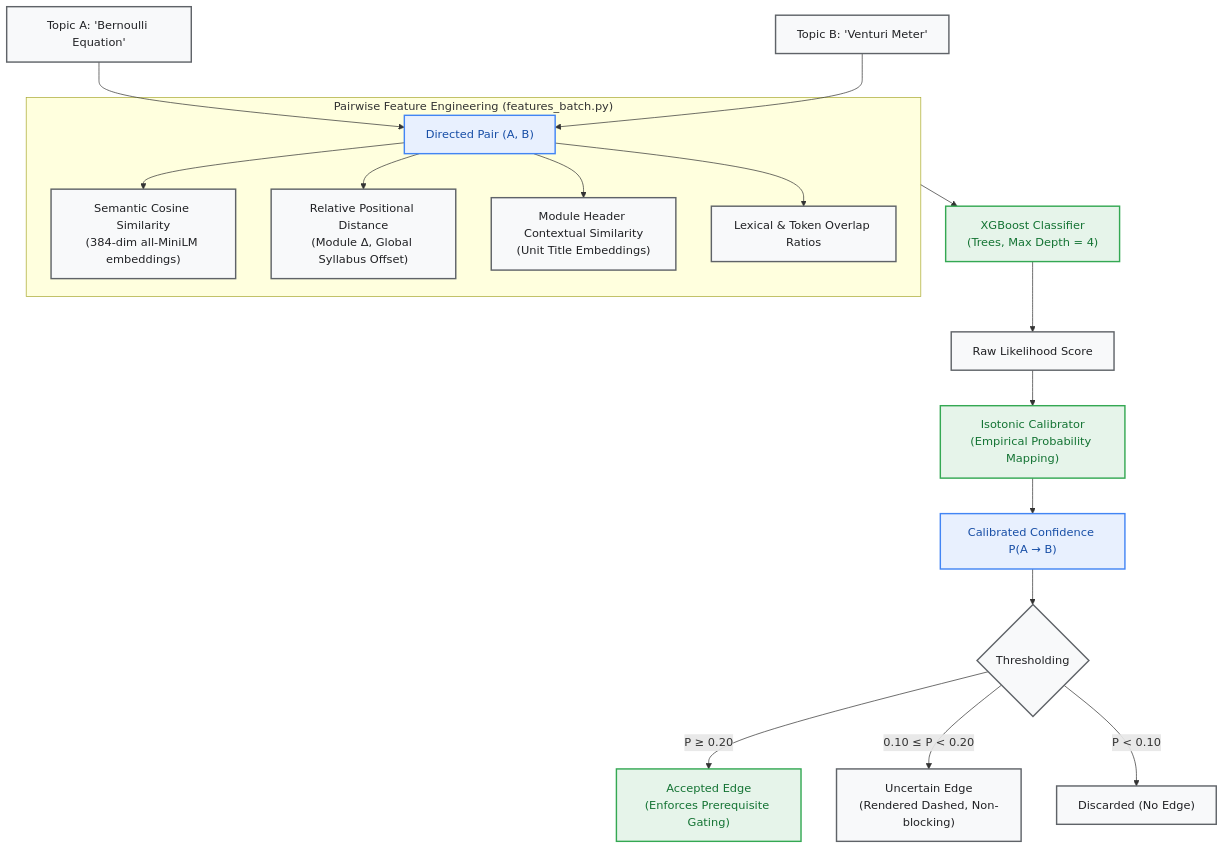
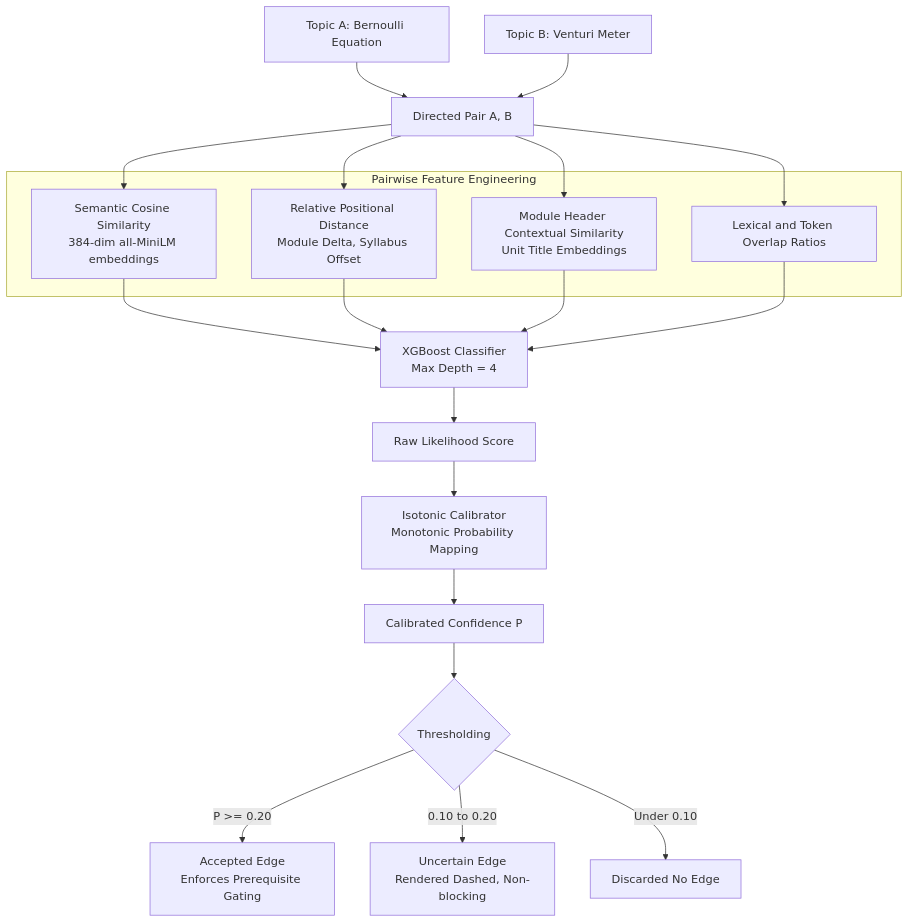
Before and after one commit to SiddheshNaidu/KDG: the second of 4 diagrams in README.md, drawn with Mermaid. The commit also changed other lines of this file, not shown here.

Commit message:
Refine system architecture diagrams for clarity and consistency: improve rendering on GitHub, enhance labeling, and streamline flowchart elements.

````diff
--- a/README.md
+++ b/README.md
@@ -132,26 +129,31 @@
 ```mermaid
 flowchart TD
-    classDef block fill:#F8F9FA,stroke:#5F6368,stroke-width:2px,color:#202124;
-    classDef accent fill:#E8F0FE,stroke:#4285F4,stroke-width:2px,color:#174EA6;
-    classDef score fill:#E6F4EA,stroke:#34A853,stroke-width:2px,color:#137333;
+    T1[Topic A: Bernoulli Equation] --> Pair[Directed Pair A, B]
+    T2[Topic B: Venturi Meter] --> Pair
 
-    T1["Topic A: 'Bernoulli Equation'"]:::block --> Pair["Directed Pair (A, B)"]:::accent
-    T2["Topic B: 'Venturi Meter'"]:::block --> Pair
+    Pair --> F1
+    Pair --> F2
+    Pair --> F3
+    Pair --> F4
 
-    subgraph Feat["Pairwise Feature Engineering (features_batch.py)"]
-        Pair --> F1["Semantic Cosine Similarity<br/>(384-dim all-MiniLM embeddings)"]:::block
-        Pair --> F2["Relative Positional Distance<br/>(Module Δ, Global Syllabus Offset)"]:::block
-        Pair --> F3["Module Header Contextual Similarity<br/>(Unit Title Embeddings)"]:::block
-        Pair --> F4["Lexical & Token Overlap Ratios"]:::block
+    subgraph Feat [Pairwise Feature Engineering]
+        F1[Semantic Cosine Similarity<br/>384-dim all-MiniLM embeddings]
+        F2[Relative Positional Distance<br/>Module Delta, Syllabus Offset]
+        F3[Module Header Contextual Similarity<br/>Unit Title Embeddings]
+        F4[Lexical and Token Overlap Ratios]
     end
 
-    Feat --> XGB["XGBoost Classifier<br/>(Trees, Max Depth = 4)"]:::score
-    XGB --> Raw["Raw Likelihood Score"]:::block
-    Raw --> Calib["Isotonic Calibrator<br/>(Empirical Probability Mapping)"]:::score
-    Calib --> Prob["Calibrated Confidence P(A → B)"]:::accent
+    F1 --> XGB[XGBoost Classifier<br/>Max Depth = 4]
+    F2 --> XGB
+    F3 --> XGB
+    F4 --> XGB
 
-    Prob --> Decision{"Thresholding"}:::block
-    Decision -->|"P ≥ 0.20"| Accepted["Accepted Edge<br/>(Enforces Prerequisite Gating)"]:::score
-    Decision -->|"0.10 ≤ P < 0.20"| Uncertain["Uncertain Edge<br/>(Rendered Dashed, Non-blocking)"]:::block
-    Decision -->|"P < 0.10"| Pruned["Discarded (No Edge)"]:::block
+    XGB --> Raw[Raw Likelihood Score]
+    Raw --> Calib[Isotonic Calibrator<br/>Monotonic Probability Mapping]
+    Calib --> Prob[Calibrated Confidence P]
+
+    Prob --> Decision{Thresholding}
+    Decision -->|P >= 0.20| Accepted[Accepted Edge<br/>Enforces Prerequisite Gating]
+    Decision -->|0.10 to 0.20| Uncertain[Uncertain Edge<br/>Rendered Dashed, Non-blocking]
+    Decision -->|Under 0.10| Pruned[Discarded No Edge]
 ```
````
